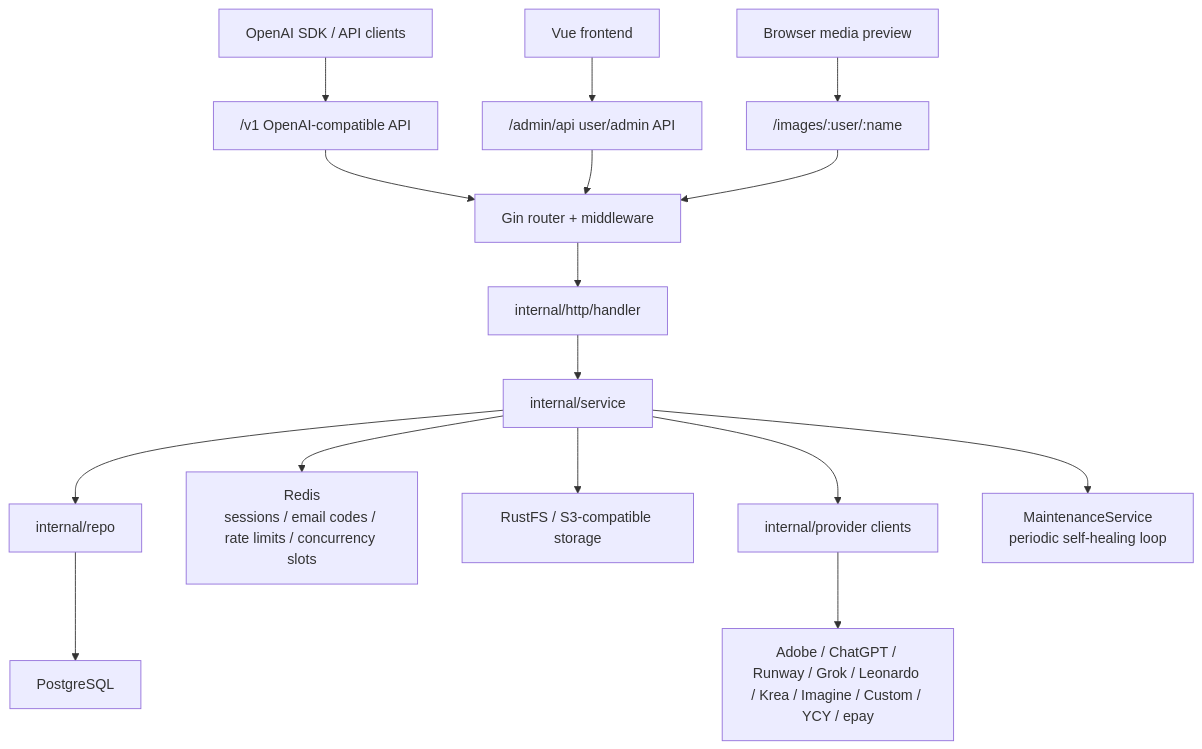
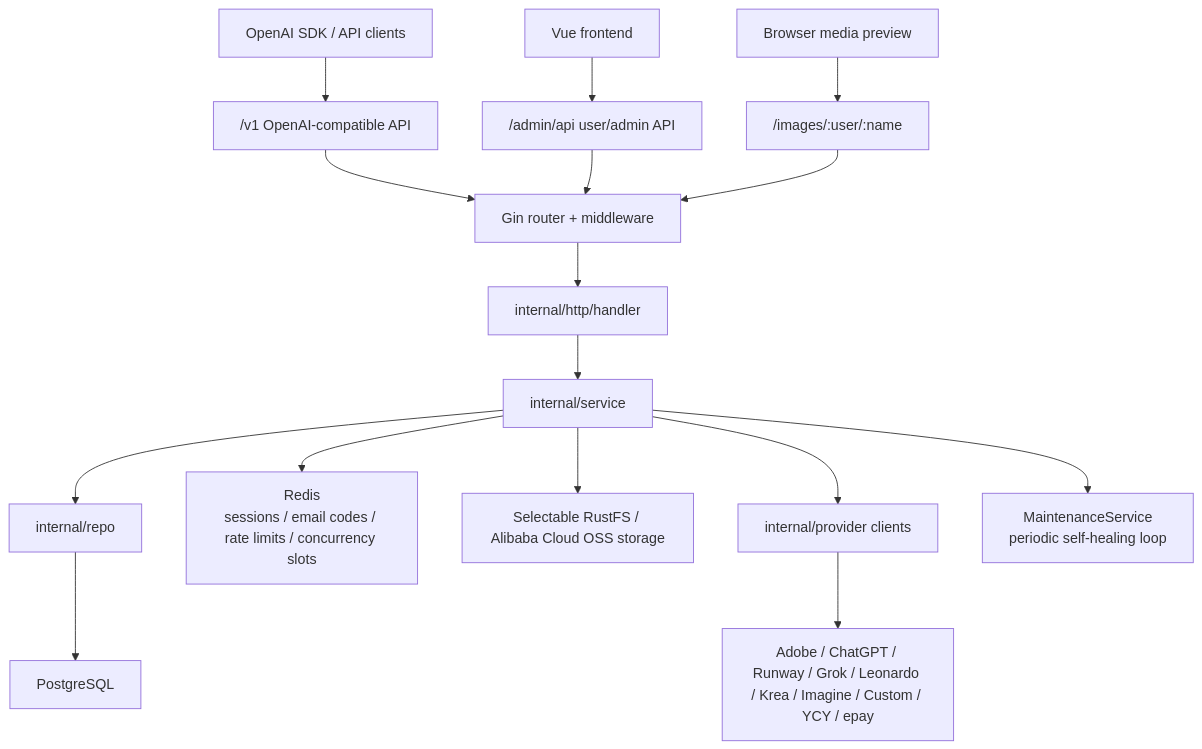
The diagram in docs/backend-architecture.md (Neko1t/image2api), drawn with Mermaid before and after one commit. The commit also changed other lines of this file and 13 other files, not shown here.

Commit message:
feat(storage): add private OSS media delivery

````diff
--- a/docs/backend-architecture.md
+++ b/docs/backend-architecture.md
@@ -19,21 +19,21 @@
 ```mermaid
 flowchart TD
   External["OpenAI SDK / API clients"] --> V1["/v1 OpenAI-compatible API"]
   Frontend["Vue frontend"] --> AdminAPI["/admin/api user/admin API"]
   BrowserMedia["Browser media preview"] --> Images["/images/:user/:name"]
 
   V1 --> Router["Gin router + middleware"]
   AdminAPI --> Router
   Images --> Router
 
   Router --> Handlers["internal/http/handler"]
   Handlers --> Services["internal/service"]
   Services --> Repos["internal/repo"]
   Repos --> Postgres["PostgreSQL"]
 
   Services --> Redis["Redis\nsessions / email codes / rate limits / concurrency slots"]
-  Services --> Storage["RustFS / S3-compatible storage"]
+  Services --> Storage["Selectable RustFS / Alibaba Cloud OSS storage"]
   Services --> Providers["internal/provider clients"]
   Providers --> Upstreams["Adobe / ChatGPT / Runway / Grok / Leonardo / Krea / Imagine / Custom / YCY / epay"]
   Services --> Maintenance["MaintenanceService\nperiodic self-healing loop"]
 ```
````
